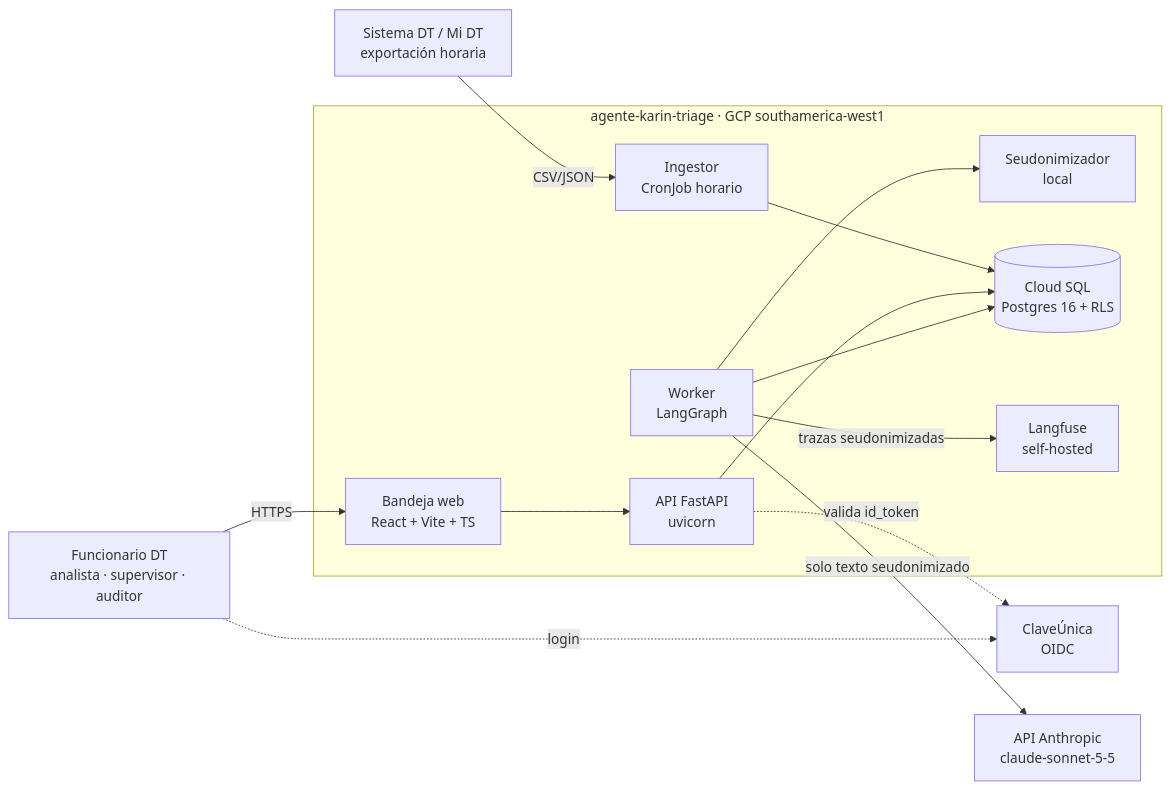
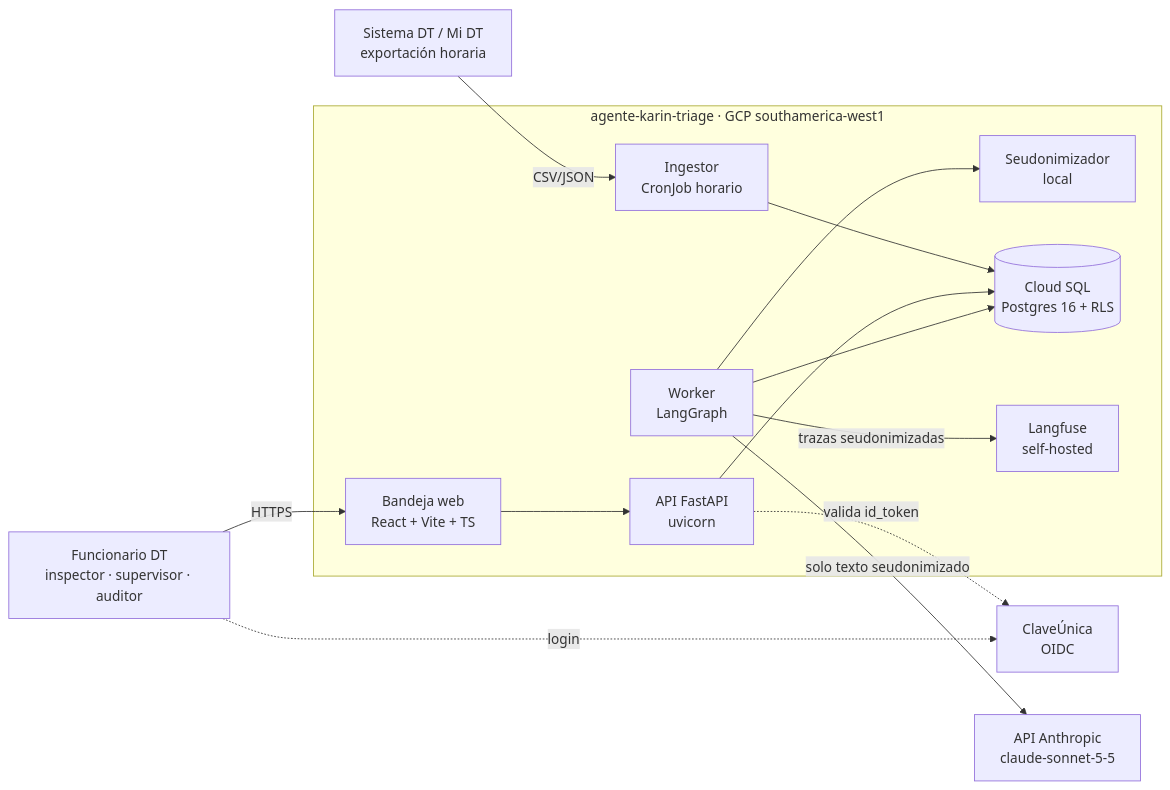
One commit to Sebamardones/agente-karin-triage changed the first of 7 diagrams in docs/ARQUITECTURA.md. Above: the diagram before and after it, drawn with Mermaid. The commit also changed other lines of this file and 46 other files, not shown here.

````diff
--- a/docs/ARQUITECTURA.md
+++ b/docs/ARQUITECTURA.md
@@ -183,29 +183,29 @@
 ```mermaid
 flowchart LR
-    FU["Funcionario DT<br/>analista · supervisor · auditor"]
+    FU["Funcionario DT<br/>inspector · supervisor · auditor"]
     CU["ClaveÚnica<br/>OIDC"]
     DTS["Sistema DT / Mi DT<br/>exportación horaria"]
     ANT["API Anthropic<br/>claude-sonnet-5-5"]
 
     subgraph SYS["agente-karin-triage · GCP southamerica-west1"]
         UI["Bandeja web<br/>React + Vite + TS"]
         API["API FastAPI<br/>uvicorn"]
         ING["Ingestor<br/>CronJob horario"]
         WK["Worker<br/>LangGraph"]
         PS["Seudonimizador<br/>local"]
         DB[("Cloud SQL<br/>Postgres 16 + RLS")]
         LF["Langfuse<br/>self-hosted"]
     end
 
     FU -->|HTTPS| UI
     UI --> API
     FU -.->|login| CU
     API -.->|"valida id_token"| CU
     DTS -->|"CSV/JSON"| ING
     ING --> DB
     API --> DB
     WK --> DB
     WK --> PS
     WK -->|"solo texto seudonimizado"| ANT
     WK -->|"trazas seudonimizadas"| LF
 ```
````
